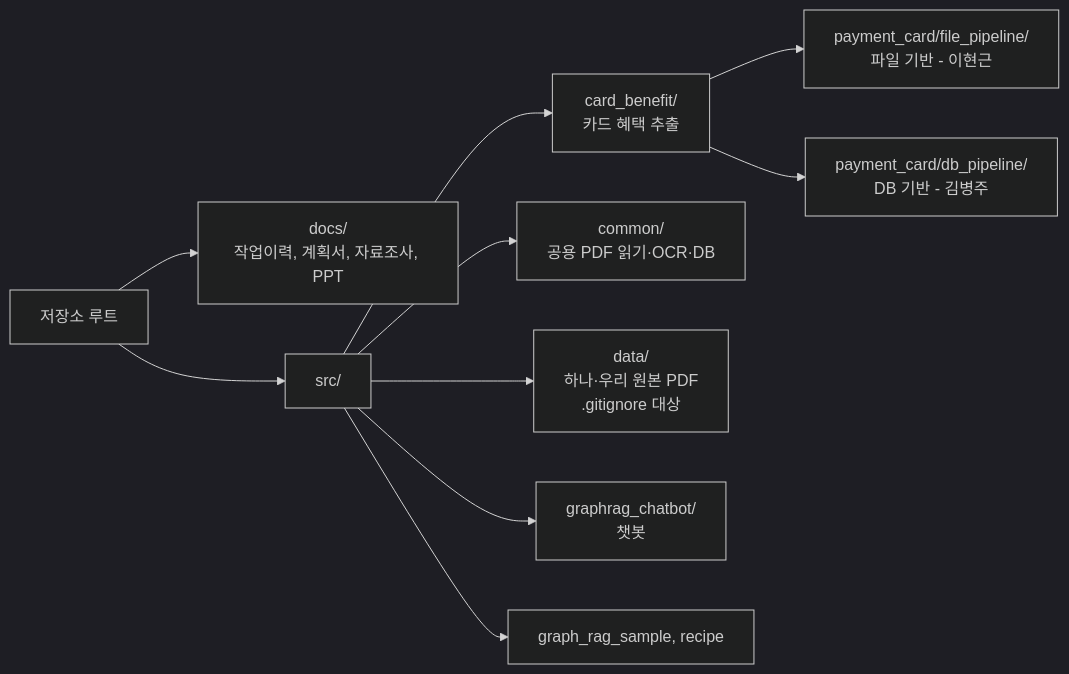
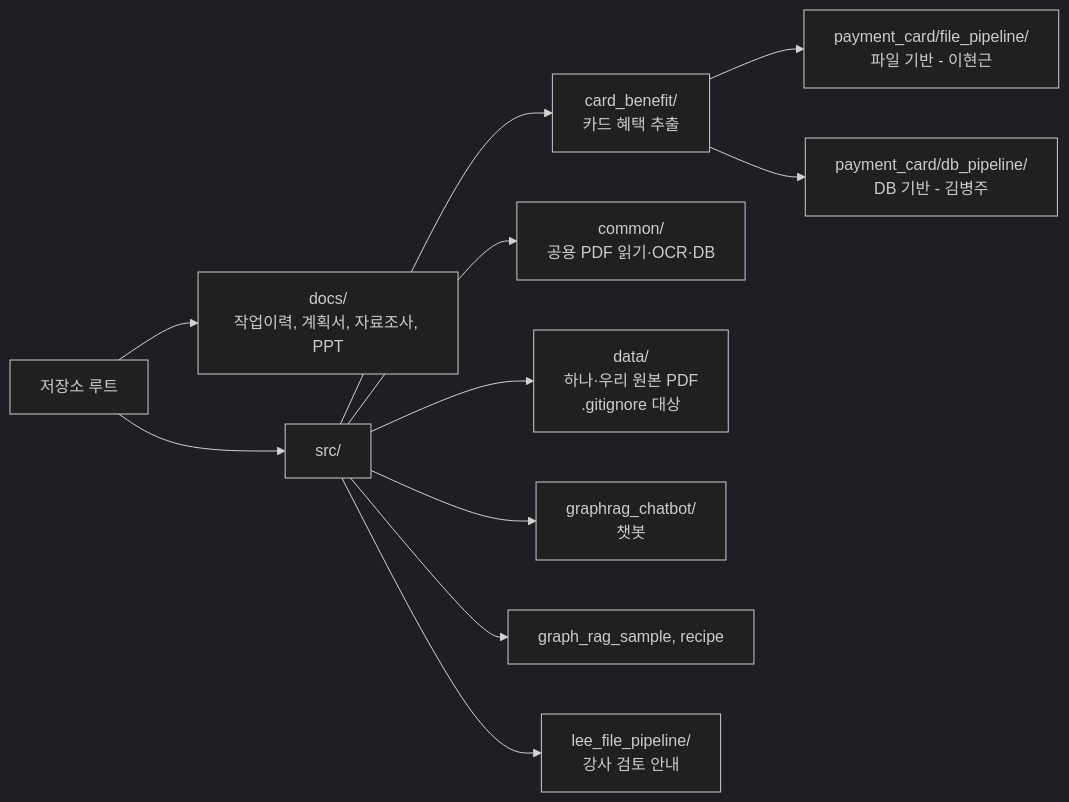
The first of 3 diagrams in docs/프로젝트-지도.md (encore-ai-campus/mle-02-p2-team3), drawn with Mermaid (dark theme) before and after one commit. The commit also changed other lines of this file and 2 other files, not shown here.

````diff
--- a/docs/프로젝트-지도.md
+++ b/docs/프로젝트-지도.md
@@ -20,12 +86,13 @@
 ```mermaid
 flowchart LR
     R[저장소 루트] --> DOCS[docs/<br/>작업이력, 계획서, 자료조사, PPT]
     R --> SRC[src/]
     SRC --> CB[card_benefit/<br/>카드 혜택 추출]
     SRC --> COM[common/<br/>공용 PDF 읽기·OCR·DB]
     SRC --> DATA[data/<br/>하나·우리 원본 PDF<br/>.gitignore 대상]
     SRC --> GC[graphrag_chatbot/<br/>챗봇]
     SRC --> OTH[graph_rag_sample, recipe]
+    SRC --> REVIEW[lee_file_pipeline/<br/>강사 검토 안내]
     CB --> FP[payment_card/file_pipeline/<br/>파일 기반 - 이현근]
     CB --> DB[payment_card/db_pipeline/<br/>DB 기반 - 김병주]
 ```
````
